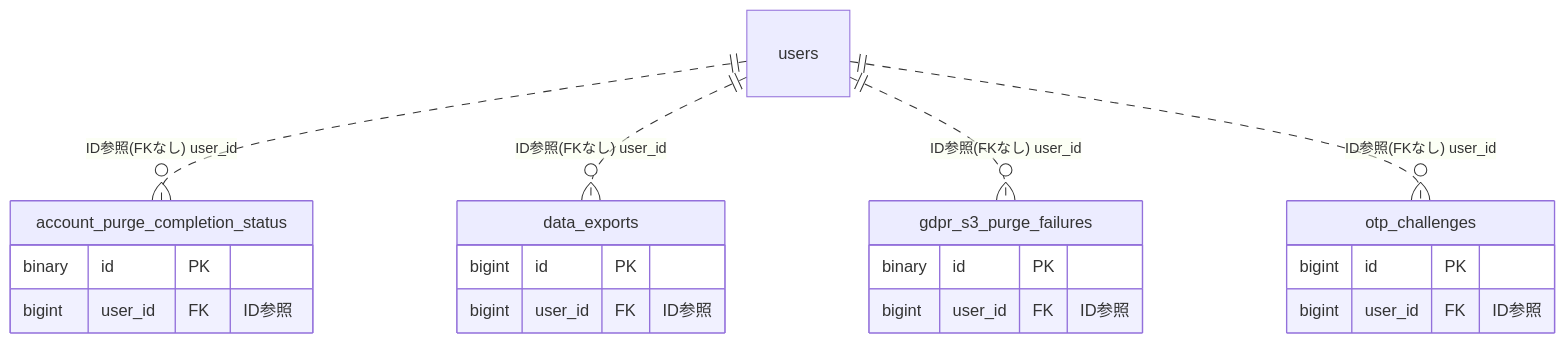
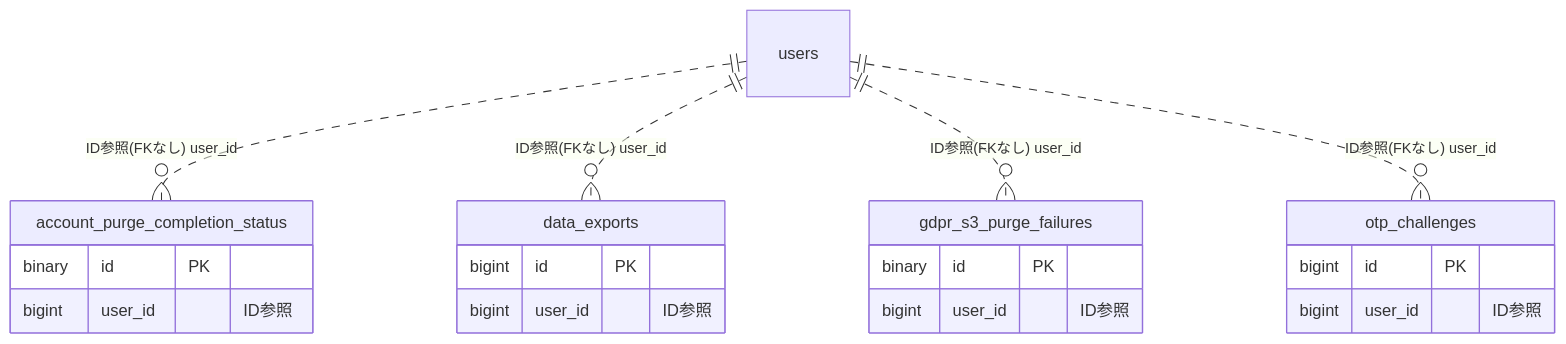
One commit to kenta-0420/mannschaft changed the diagram in docs/architecture/er/gdpr.md. Above: the diagram before and after it, drawn with Mermaid. The commit also changed other lines of this file and 115 other files, not shown here.

Commit message:
改善: ER図のFKマーカーを実FKのみに限定し、被参照の逆引き節とREADME凡例を追加 (PR #4268)

````diff
--- a/docs/architecture/er/gdpr.md
+++ b/docs/architecture/er/gdpr.md
@@ -12,24 +12,24 @@
 ```mermaid
 erDiagram
     account_purge_completion_status {
         binary id PK
-        bigint user_id FK "ID参照"
+        bigint user_id "ID参照"
     }
     data_exports {
         bigint id PK
-        bigint user_id FK "ID参照"
+        bigint user_id "ID参照"
     }
     gdpr_s3_purge_failures {
         binary id PK
-        bigint user_id FK "ID参照"
+        bigint user_id "ID参照"
     }
     otp_challenges {
         bigint id PK
-        bigint user_id FK "ID参照"
+        bigint user_id "ID参照"
     }
     users
     users ||..o{ account_purge_completion_status : "ID参照(FKなし) user_id"
     users ||..o{ data_exports : "ID参照(FKなし) user_id"
     users ||..o{ gdpr_s3_purge_failures : "ID参照(FKなし) user_id"
     users ||..o{ otp_challenges : "ID参照(FKなし) user_id"
 ```
````
